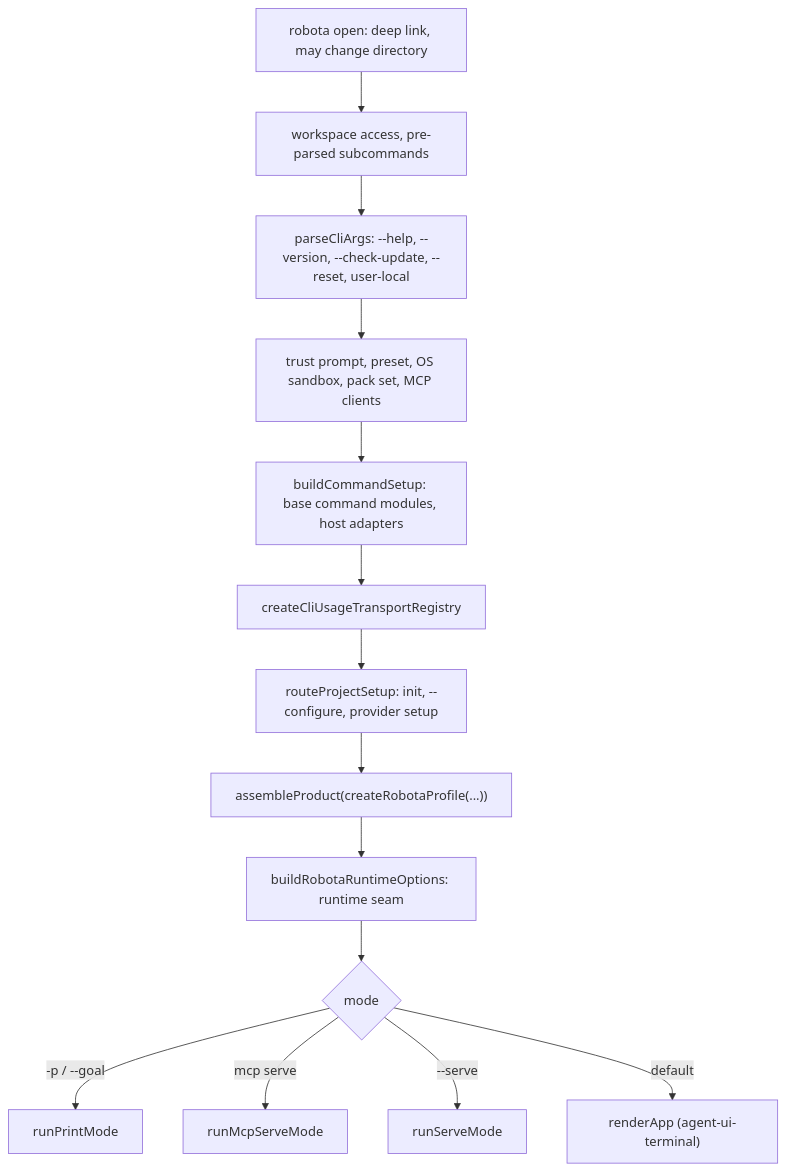
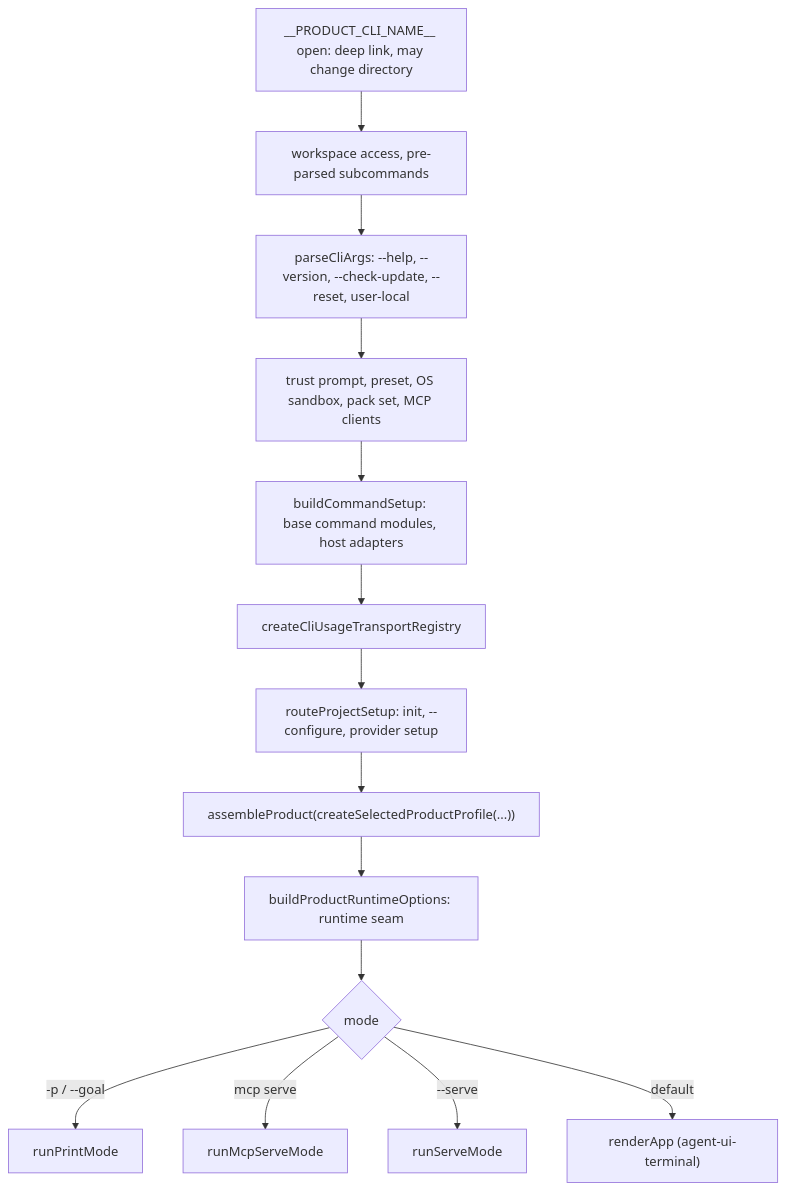
The diagram in packages/agent-cli/docs/design/composition.md (woojubb/robota), drawn with Mermaid before and after one commit. The commit also changed other lines of this file and 2401 other files, not shown here.

Commit message:
feat: migrate Robota runtime and developer workflows

````diff
--- a/packages/agent-cli/docs/design/composition.md
+++ b/packages/agent-cli/docs/design/composition.md
@@ -42,16 +65,16 @@
 ```mermaid
 flowchart TD
-    A["robota open: deep link, may change directory"] --> B["workspace access, pre-parsed subcommands"]
+    A["__PRODUCT_CLI_NAME__ open: deep link, may change directory"] --> B["workspace access, pre-parsed subcommands"]
     B --> C["parseCliArgs: --help, --version, --check-update, --reset, user-local"]
     C --> D["trust prompt, preset, OS sandbox, pack set, MCP clients"]
     D --> E["buildCommandSetup: base command modules, host adapters"]
     E --> F["createCliUsageTransportRegistry"]
     F --> G["routeProjectSetup: init, --configure, provider setup"]
-    G --> H["assembleProduct(createRobotaProfile(...))"]
-    H --> I["buildRobotaRuntimeOptions: runtime seam"]
+    G --> H["assembleProduct(createSelectedProductProfile(...))"]
+    H --> I["buildProductRuntimeOptions: runtime seam"]
     I --> J{mode}
     J -->|"-p / --goal"| K["runPrintMode"]
     J -->|"mcp serve"| L["runMcpServeMode"]
     J -->|"--serve"| M["runServeMode"]
     J -->|default| N["renderApp (agent-ui-terminal)"]
 ```
````
